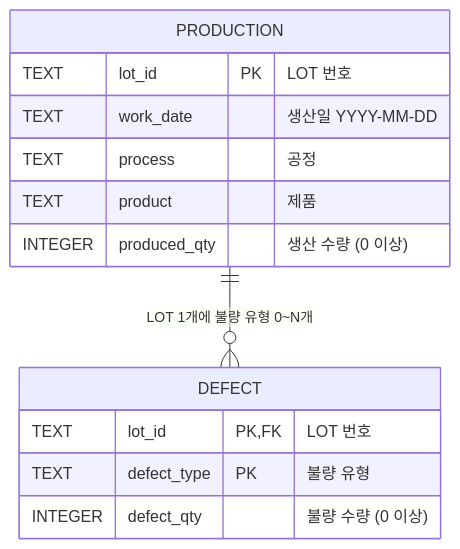
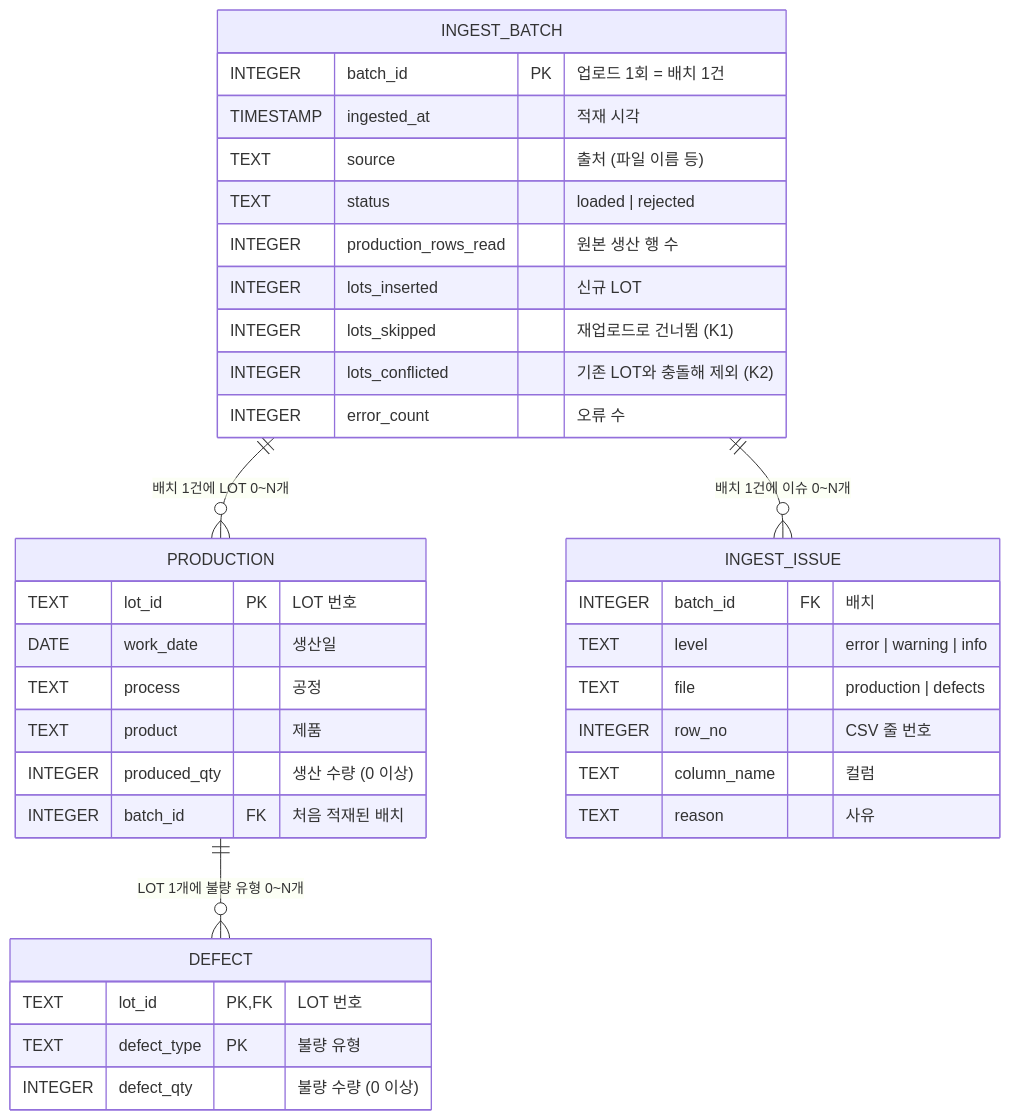
The diagram in docs/ERD.md (gilwon2/FactoryLens), drawn with Mermaid before and after one commit. The commit also changed other lines of this file and 28 other files, not shown here.

````diff
--- a/docs/ERD.md
+++ b/docs/ERD.md
@@ -5,16 +5,38 @@
 ```mermaid
 erDiagram
+    INGEST_BATCH ||--o{ PRODUCTION : "배치 1건에 LOT 0~N개"
+    INGEST_BATCH ||--o{ INGEST_ISSUE : "배치 1건에 이슈 0~N개"
     PRODUCTION ||--o{ DEFECT : "LOT 1개에 불량 유형 0~N개"
+    INGEST_BATCH {
+        INTEGER batch_id PK "업로드 1회 = 배치 1건"
+        TIMESTAMP ingested_at "적재 시각"
+        TEXT source "출처 (파일 이름 등)"
+        TEXT status "loaded | rejected"
+        INTEGER production_rows_read "원본 생산 행 수"
+        INTEGER lots_inserted "신규 LOT"
+        INTEGER lots_skipped "재업로드로 건너뜀 (K1)"
+        INTEGER lots_conflicted "기존 LOT와 충돌해 제외 (K2)"
+        INTEGER error_count "오류 수"
+    }
     PRODUCTION {
         TEXT lot_id PK "LOT 번호"
-        TEXT work_date "생산일 YYYY-MM-DD"
+        DATE work_date "생산일"
         TEXT process "공정"
         TEXT product "제품"
         INTEGER produced_qty "생산 수량 (0 이상)"
+        INTEGER batch_id FK "처음 적재된 배치"
     }
     DEFECT {
         TEXT lot_id PK, FK "LOT 번호"
         TEXT defect_type PK "불량 유형"
         INTEGER defect_qty "불량 수량 (0 이상)"
     }
+    INGEST_ISSUE {
+        INTEGER batch_id FK "배치"
+        TEXT level "error | warning | info"
+        TEXT file "production | defects"
+        INTEGER row_no "CSV 줄 번호"
+        TEXT column_name "컬럼"
+        TEXT reason "사유"
+    }
 ```
````
